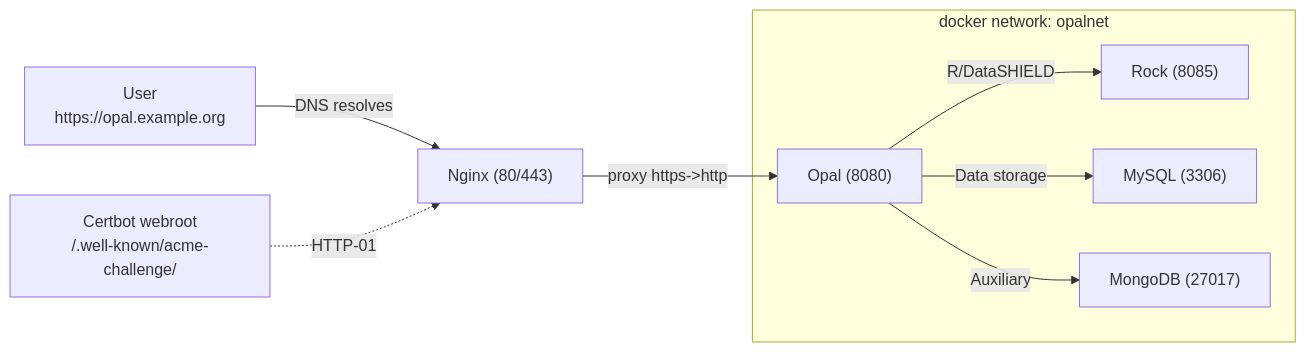
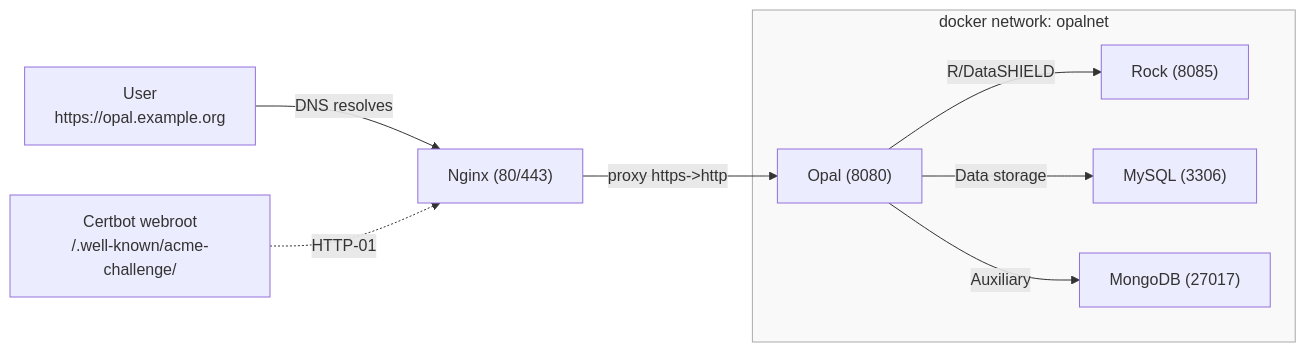
The diagram in website/2-going-live.qmd (ESCRI11/datashield-workshop-2025), drawn with Mermaid before and after one commit. The commit also changed 4 other files, not shown here.

````diff
--- a/website/2-going-live.qmd
+++ b/website/2-going-live.qmd
@@ -260,11 +260,15 @@
 ```{mermaid}
 graph LR
   U["User<br/>https://opal.example.org"] -->|DNS resolves| N["Nginx (80/443)"]
   N -->|proxy https->http| O["Opal (8080)"]
-  subgraph "docker network: opalnet"
+  subgraph Profiles["docker network: opalnet"]
     O -->|R/DataSHIELD| R["Rock (8085)"]
     O -->|Data storage| MSQL["MySQL (3306)"]
     O -->|Auxiliary| MONGO["MongoDB (27017)"]
   end
   ACME["Certbot webroot<br/>/.well-known/acme-challenge/"] -.->|HTTP-01| N
+
+  %% Define a lighter background for the subgraph
+  classDef light fill:#f9f9f9,stroke:#aaa,stroke-width:1px;
+  class Profiles light;
 ```
````
